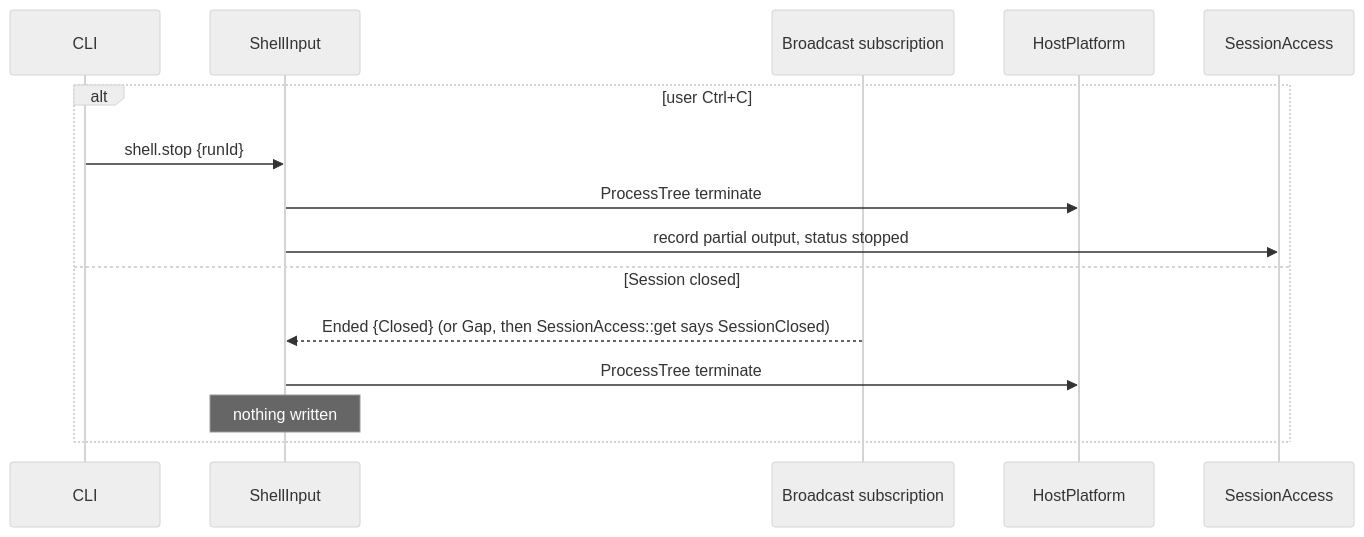
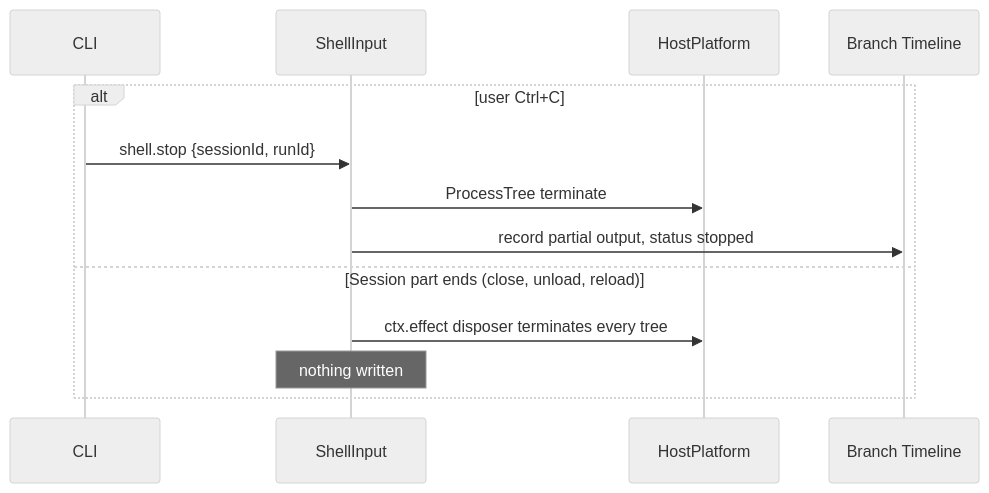
One commit to CoutinhoTTS/dim-agent changed the fourth of 5 diagrams in docs/design/plugins/ShellInput.md. Above: the diagram before and after it, drawn with Mermaid (neutral theme). The commit also changed other lines of this file and 3 other files, not shown here.

````diff
--- a/docs/design/plugins/ShellInput.md
+++ b/docs/design/plugins/ShellInput.md
@@ -105,17 +89,15 @@
 ```mermaid
 sequenceDiagram
   participant C as CLI
   participant SI as ShellInput
-  participant SE as Broadcast subscription
   participant HP as HostPlatform
-  participant SA as SessionAccess
+  participant TL as Branch Timeline
   alt user Ctrl+C
-    C->>SI: shell.stop {runId}
+    C->>SI: shell.stop {sessionId, runId}
     SI->>HP: ProcessTree terminate
-    SI->>SA: record partial output, status stopped
-  else Session closed
-    SE-->>SI: Ended {Closed} (or Gap, then SessionAccess::get says SessionClosed)
-    SI->>HP: ProcessTree terminate
+    SI->>TL: record partial output, status stopped
+  else Session part ends (close, unload, reload)
+    SI->>HP: ctx.effect disposer terminates every tree
     Note over SI: nothing written
   end
 ```
````
